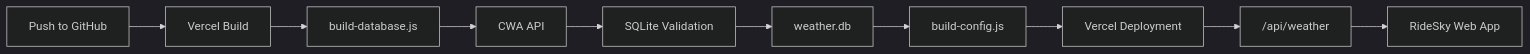
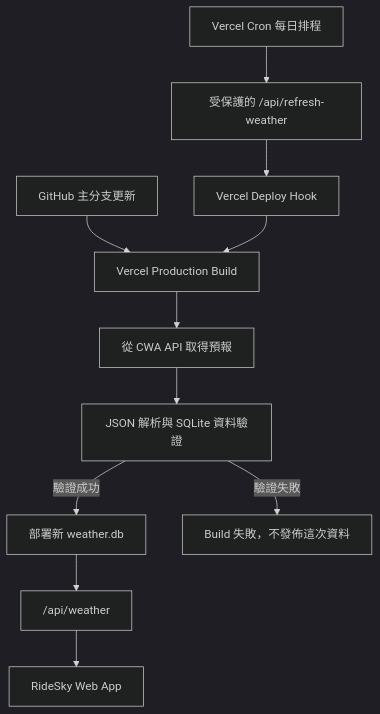
Before and after one commit to CG3599/20260923-hw-taiwan-weather: the fifth of 5 diagrams in README.md, drawn with Mermaid (dark theme). The commit also changed other lines of this file, not shown here.

Commit message:
docs: document secure Vercel Cron weather refresh setup

````diff
--- a/README.md
+++ b/README.md
@@ -671,12 +671,13 @@
 ```mermaid
-flowchart LR
-    A[Push to GitHub] --> B[Vercel Build]
-    B --> C[build-database.js]
-    C --> D[CWA API]
-    D --> E[SQLite Validation]
-    E --> F[weather.db]
-    F --> G[build-config.js]
-    G --> H[Vercel Deployment]
+flowchart TD
+    A["GitHub 主分支更新"] --> E["Vercel Production Build"]
+    B["Vercel Cron 每日排程"] --> C["受保護的 /api/refresh-weather"]
+    C --> D["Vercel Deploy Hook"]
+    D --> E
+    E --> F["從 CWA API 取得預報"]
+    F --> G["JSON 解析與 SQLite 資料驗證"]
+    G -->|驗證成功| H["部署新 weather.db"]
+    G -->|驗證失敗| X["Build 失敗，不發佈這次資料"]
     H --> I["/api/weather"]
-    I --> J[RideSky Web App]
+    I --> J["RideSky Web App"]
 ```
````
